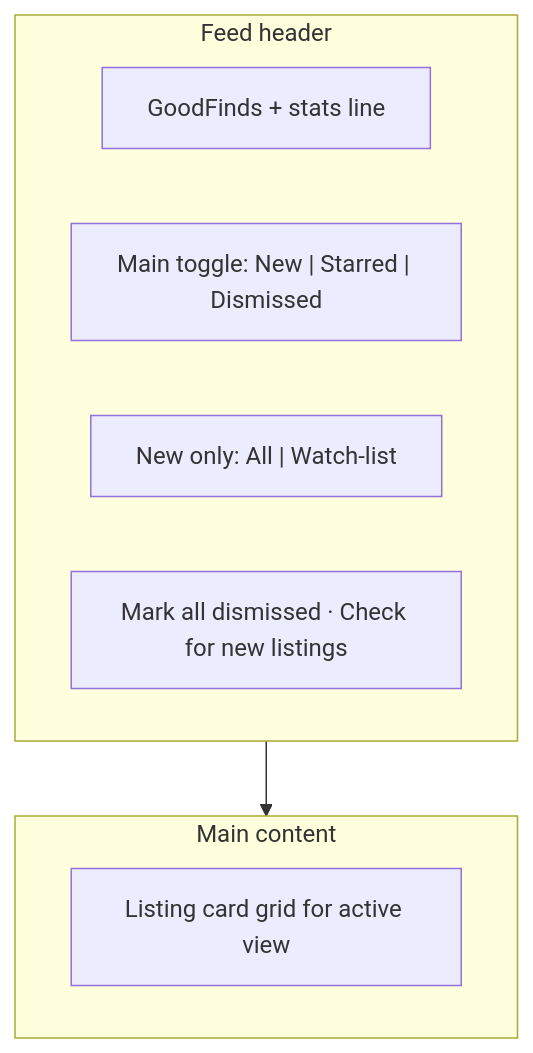
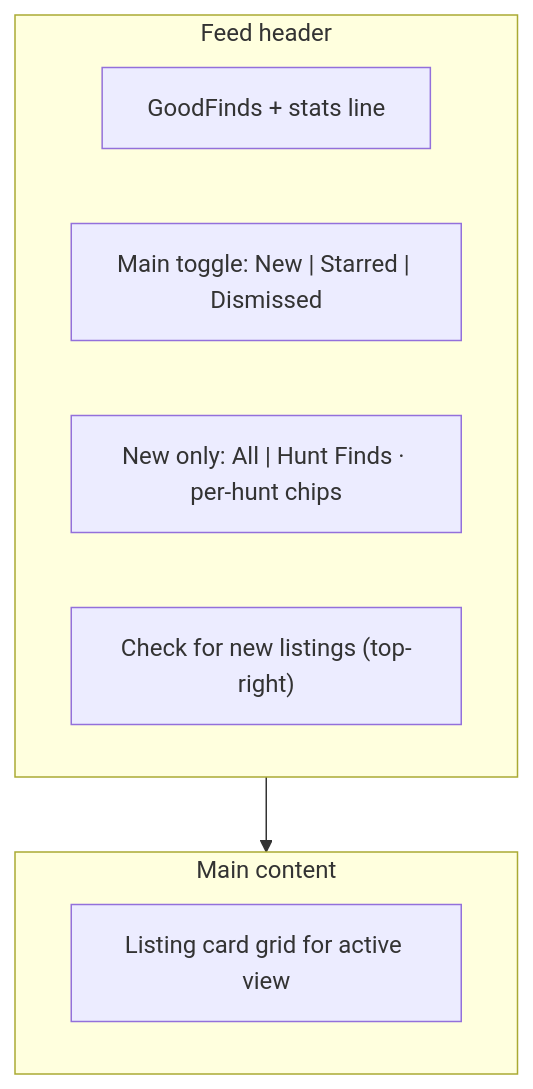
One commit to Jolien-Product-Manager/GoodFinds2.0 changed the diagram in .cursor/docs/vintage-timex-watches-feed.md. Above: the diagram before and after it, drawn with Mermaid. The commit also changed other lines of this file and 24 other files, not shown here.

````diff
--- a/.cursor/docs/vintage-timex-watches-feed.md
+++ b/.cursor/docs/vintage-timex-watches-feed.md
@@ -35,13 +35,13 @@
 ```mermaid
 flowchart TB
   subgraph header [Feed header]
     Title["GoodFinds + stats line"]
     MainToggle["Main toggle: New | Starred | Dismissed"]
-    ScopeChips["New only: All | Watch-list"]
-    Actions["Mark all dismissed · Check for new listings"]
+    ScopeChips["New only: All | Hunt Finds · per-hunt chips"]
+    Actions["Check for new listings (top-right)"]
   end
   subgraph body [Main content]
     Grid["Listing card grid for active view"]
   end
   header --> body
 ```
````
